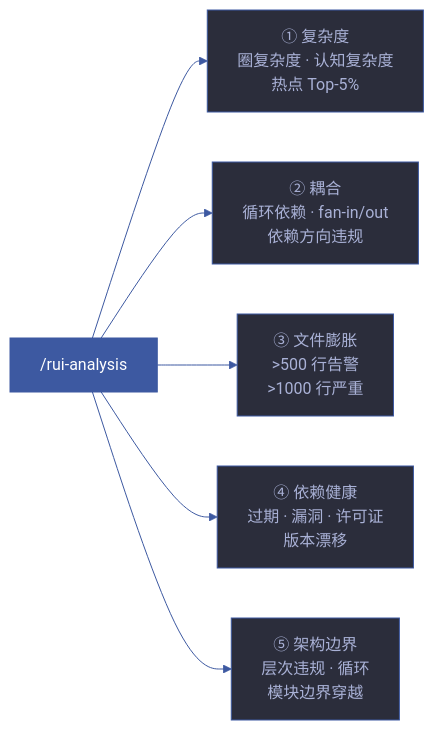
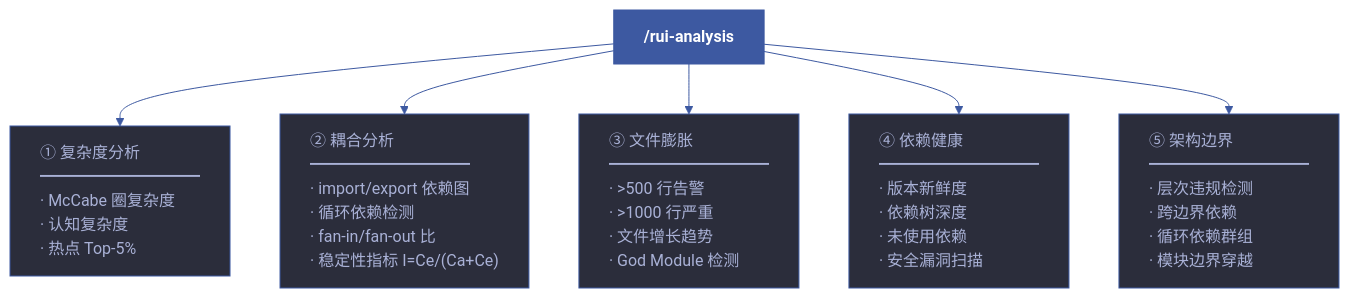
One commit to effiy/YrY changed the first of 3 diagrams in skills/rui-analysis/SKILL.md. Above: the diagram before and after it, drawn with Mermaid. The commit also changed other lines of this file and 1028 other files, not shown here.

````diff
--- a/skills/rui-analysis/SKILL.md
+++ b/skills/rui-analysis/SKILL.md
@@ -17,19 +21,21 @@
 ```mermaid
 %%{init: {'theme': 'base', 'themeVariables': {
   'primaryColor': '#1e1f2b',
   'primaryTextColor': '#a9b1d6',
   'primaryBorderColor': '#3d59a1',
   'lineColor': '#3d59a1',
   'secondaryColor': '#2b2d3b',
   'tertiaryColor': '#21232f'
 }}}%%
-flowchart LR
-    ENTRY["/rui-analysis"]:::entry --> D1["① 复杂度<br/>圈复杂度 · 认知复杂度<br/>热点 Top-5%"]:::dim
-    ENTRY --> D2["② 耦合<br/>循环依赖 · fan-in/out<br/>依赖方向违规"]:::dim
-    ENTRY --> D3["③ 文件膨胀<br/>>500 行告警<br/>>1000 行严重"]:::dim
-    ENTRY --> D4["④ 依赖健康<br/>过期 · 漏洞 · 许可证<br/>版本漂移"]:::dim
-    ENTRY --> D5["⑤ 架构边界<br/>层次违规 · 循环<br/>模块边界穿越"]:::dim
+flowchart TB
+    ENTRY["/rui-analysis"]:::entry
 
-    classDef entry fill:#3d59a1,color:#fff
-    classDef dim fill:#2b2d3b,stroke:#3d59a1,color:#a9b1d6
+    ENTRY --> D1["① 复杂度分析<br/>━━━━━━━━━━<br/>· McCabe 圈复杂度<br/>· 认知复杂度<br/>· 热点 Top-5%"]:::dim
+    ENTRY --> D2["② 耦合分析<br/>━━━━━━━━━━<br/>· import/export 依赖图<br/>· 循环依赖检测<br/>· fan-in/fan-out 比<br/>· 稳定性指标 I=Ce/(Ca+Ce)"]:::dim
+    ENTRY --> D3["③ 文件膨胀<br/>━━━━━━━━━━<br/>· >500 行告警<br/>· >1000 行严重<br/>· 文件增长趋势<br/>· God Module 检测"]:::dim
+    ENTRY --> D4["④ 依赖健康<br/>━━━━━━━━━━<br/>· 版本新鲜度<br/>· 依赖树深度<br/>· 未使用依赖<br/>· 安全漏洞扫描"]:::dim
+    ENTRY --> D5["⑤ 架构边界<br/>━━━━━━━━━━<br/>· 层次违规检测<br/>· 跨边界依赖<br/>· 循环依赖群组<br/>· 模块边界穿越"]:::dim
+
+    classDef entry fill:#3d59a1,color:#fff,font-weight:bold
+    classDef dim fill:#2b2d3b,stroke:#3d59a1,color:#a9b1d6,text-align:left
 ```
````
